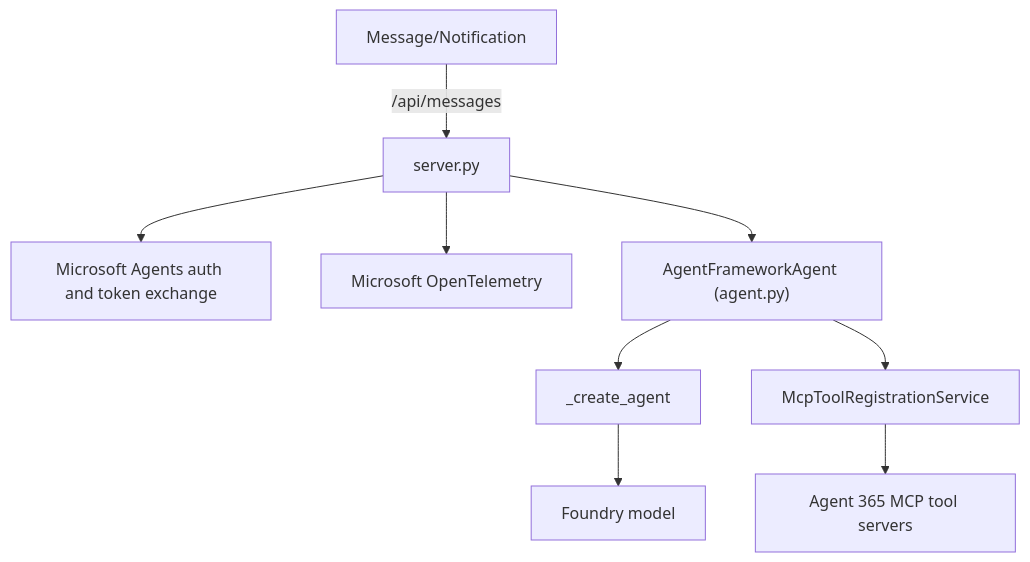
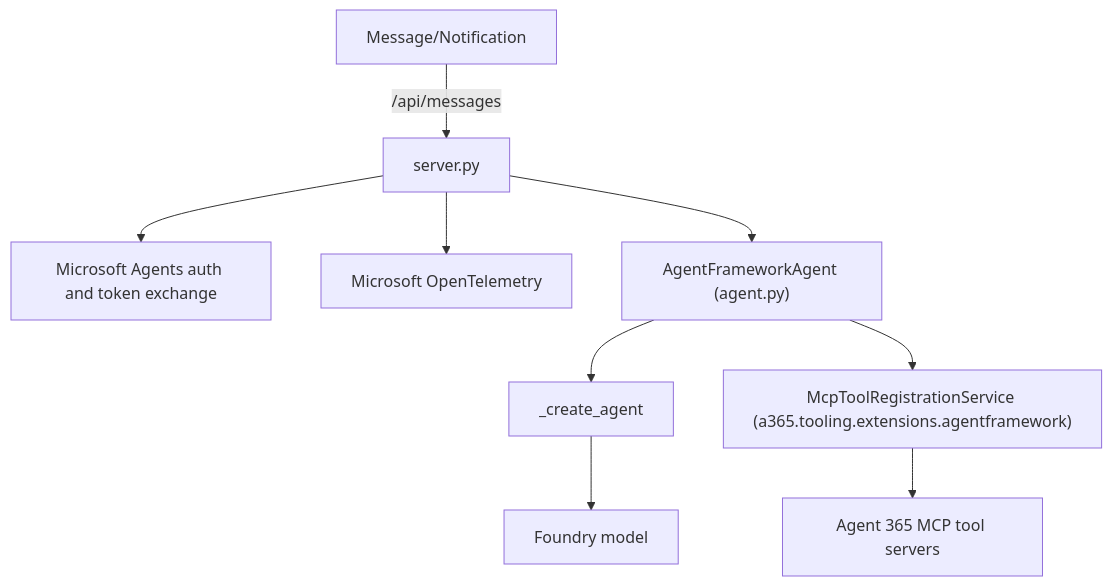
The first of 4 diagrams in agent-365/samples/agent-framework/README.md (joetanx/mslab), drawn with Mermaid before and after one commit. The commit also changed other lines of this file and 2 other files, not shown here.

````diff
--- a/agent-365/samples/agent-framework/README.md
+++ b/agent-365/samples/agent-framework/README.md
@@ -12,11 +12,11 @@
 ```mermaid
 flowchart TD
     User[Message/Notification] -->|/api/messages| Host[server.py]
     Host --> Auth[Microsoft Agents auth and token exchange]
     Host --> Obs[Microsoft OpenTelemetry]
     Host --> Agent["AgentFrameworkAgent (agent.py)"]
     Agent --> AF[_create_agent]
     AF --> Foundry[Foundry model]
-    Agent --> MCP[McpToolRegistrationService]
+    Agent --> MCP["McpToolRegistrationService (a365.tooling.extensions.agentframework)"]
     MCP --> Tools[Agent 365 MCP tool servers]
 ```
````
